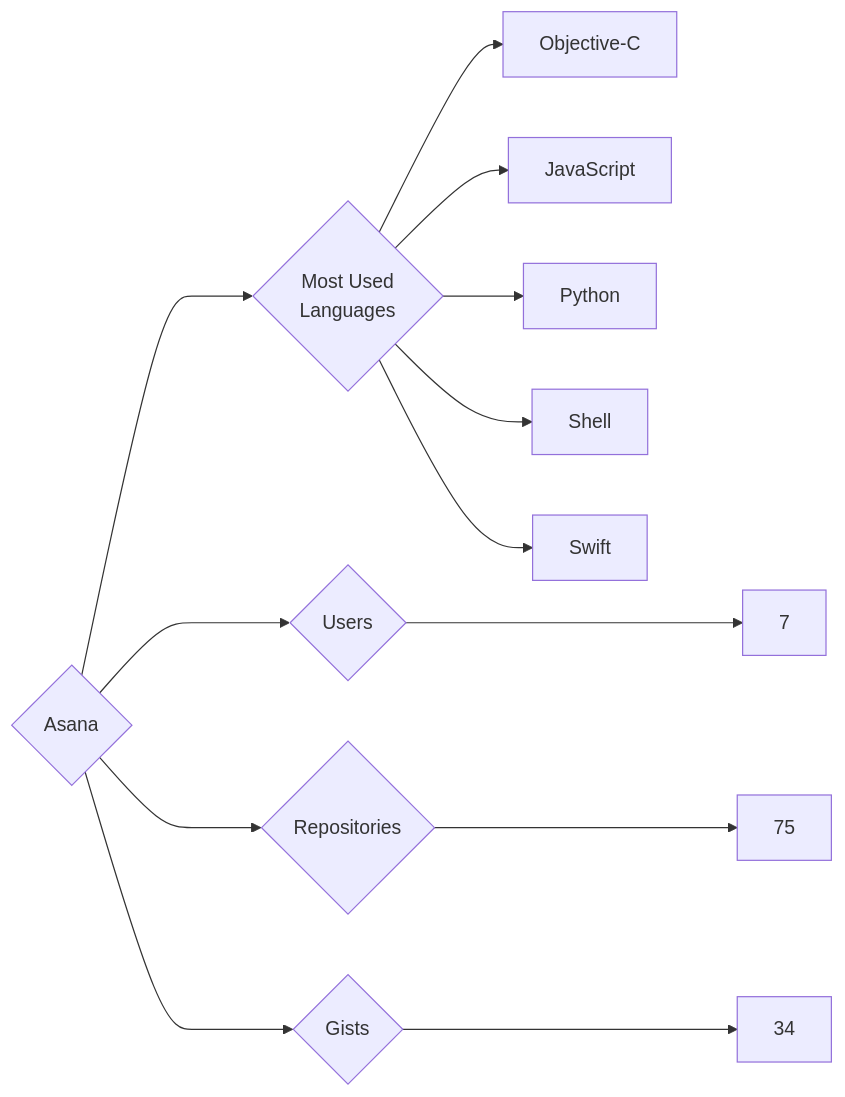
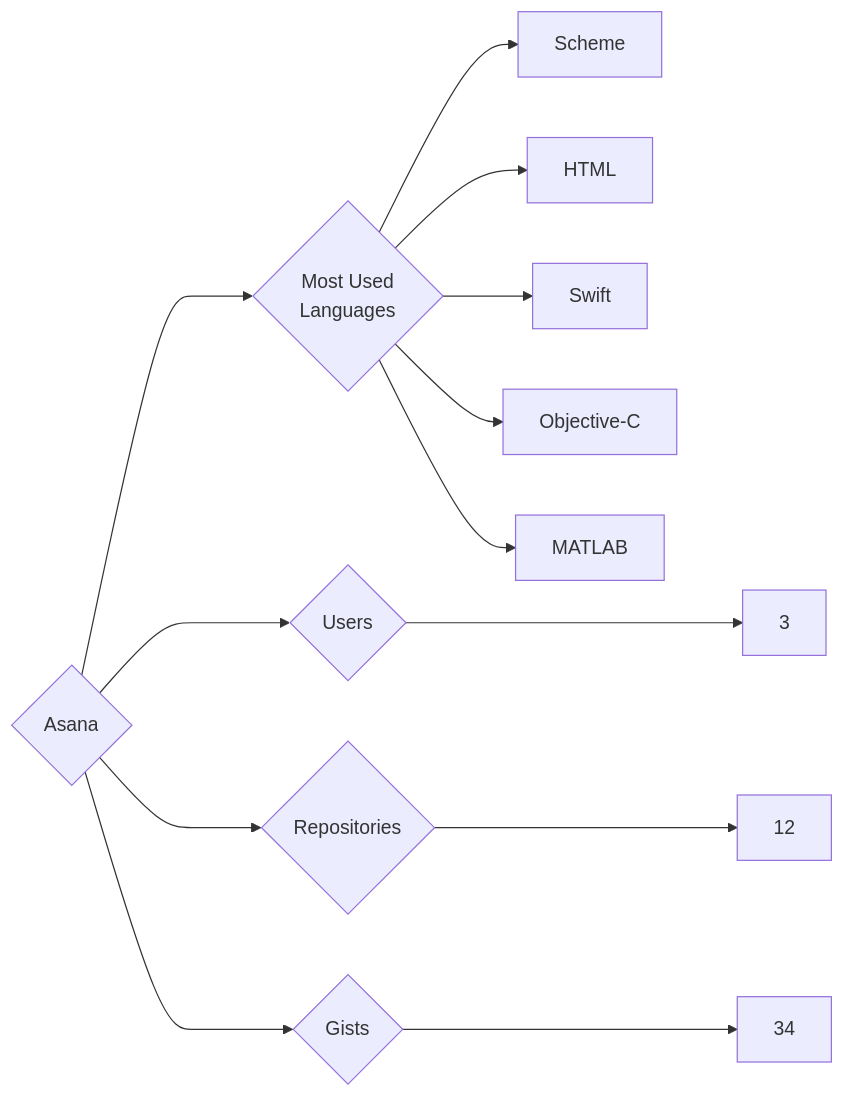
One commit to trickest/insiders changed the diagram in targets/Asana/README.md. Above: the diagram before and after it, drawn with Mermaid. The commit also changed 859 other files, not shown here.

````diff
--- a/targets/Asana/README.md
+++ b/targets/Asana/README.md
@@ -3,13 +3,13 @@
 ```mermaid
 graph LR
 COMPANY_NAME{Asana}
-COMPANY_NAME ---> U{Users} ---> UN[7]
-COMPANY_NAME ---> R{Repositories} ---> RN[75]
+COMPANY_NAME ---> U{Users} ---> UN[3]
+COMPANY_NAME ---> R{Repositories} ---> RN[12]
 COMPANY_NAME ---> G{Gists} ---> GN[34]
 COMPANY_NAME ---> ML{Most Used<br>Languages}
+ML --> Scheme[Scheme]
+ML --> HTML[HTML]
+ML --> Swift[Swift]
 ML --> Objective-C[Objective-C]
-ML --> JavaScript[JavaScript]
-ML --> Python[Python]
-ML --> Shell[Shell]
-ML --> Swift[Swift]
+ML --> MATLAB[MATLAB]
 ```
````
